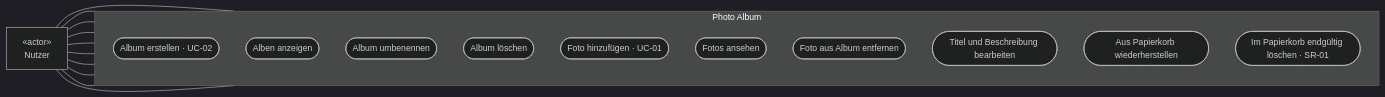
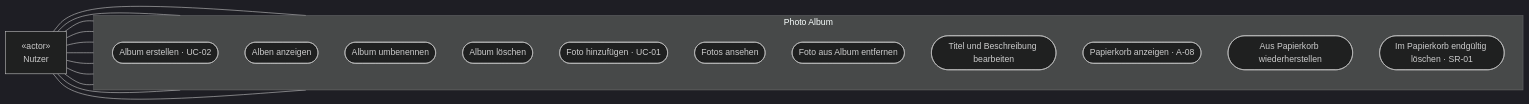
The second of 2 diagrams in REQUIREMENTS.md (felix-henry/photo-album-projekt), drawn with Mermaid (dark theme) before and after one commit. The commit also changed other lines of this file, not shown here.

````diff
--- a/REQUIREMENTS.md
+++ b/REQUIREMENTS.md
@@ -38,27 +38,29 @@
 ```mermaid
 flowchart LR
     U["«actor»<br/>Nutzer"]
     subgraph S["Photo Album"]
         direction TB
         UC02(["Album erstellen · UC-02"])
         AL(["Alben anzeigen"])
         AU(["Album umbenennen"])
         AD(["Album löschen"])
         UC01(["Foto hinzufügen · UC-01"])
         FA(["Fotos ansehen"])
         FE(["Foto aus Album entfernen"])
         FB(["Titel und Beschreibung bearbeiten"])
+        PK(["Papierkorb anzeigen · A-08"])
         WR(["Aus Papierkorb wiederherstellen"])
         FL(["Im Papierkorb endgültig löschen · SR-01"])
     end
     U --- UC02
     U --- AL
     U --- AU
     U --- AD
     U --- UC01
     U --- FA
     U --- FE
     U --- FB
+    U --- PK
     U --- WR
     U --- FL
 ```
````
